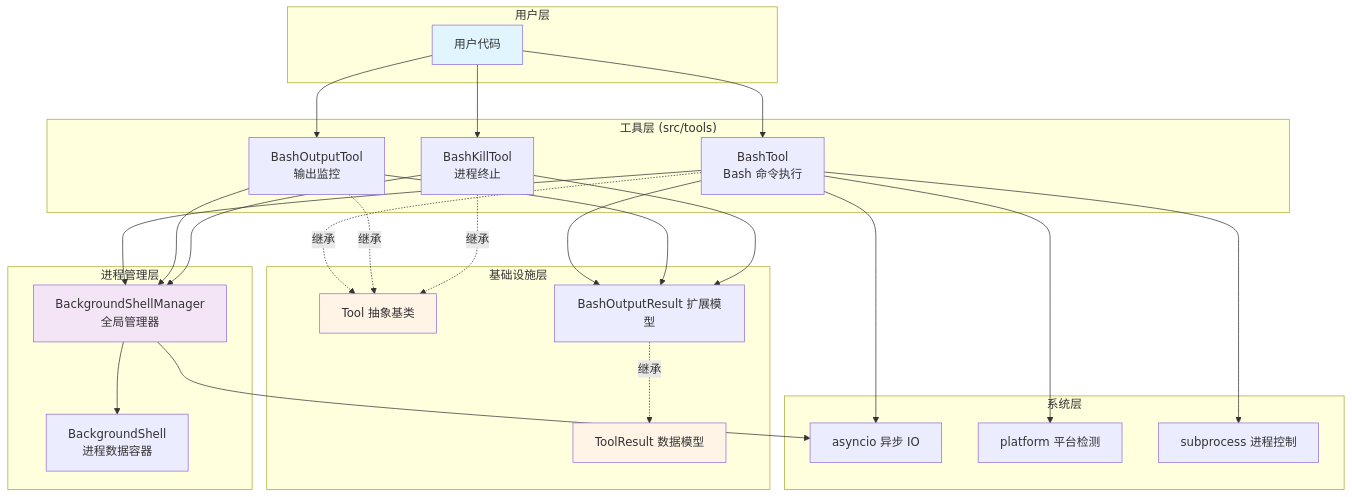
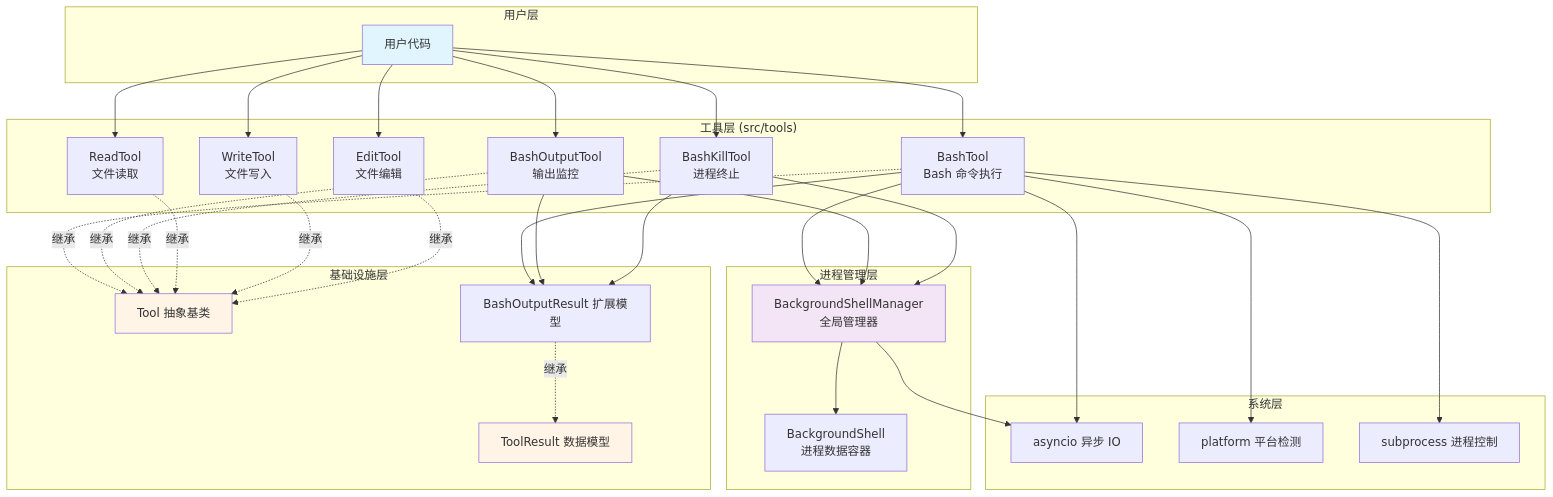
One commit to Argobell/gopilot-cli changed the first of 8 diagrams in docs/tools/架构设计.md. Above: the diagram before and after it, drawn with Mermaid. The commit also changed other lines of this file and 12 other files, not shown here.

````diff
--- a/docs/tools/架构设计.md
+++ b/docs/tools/架构设计.md
@@ -21,59 +21,68 @@
 ```mermaid
 graph TB
     subgraph "用户层"
         User[用户代码]
     end
 
     subgraph "工具层 (src/tools)"
         BashTool[BashTool<br/>Bash 命令执行]
         BashOutputTool[BashOutputTool<br/>输出监控]
         BashKillTool[BashKillTool<br/>进程终止]
+        ReadTool[ReadTool<br/>文件读取]
+        WriteTool[WriteTool<br/>文件写入]
+        EditTool[EditTool<br/>文件编辑]
     end
 
     subgraph "基础设施层"
         Tool[Tool 抽象基类]
         ToolResult[ToolResult 数据模型]
         BashOutputResult[BashOutputResult 扩展模型]
     end
 
     subgraph "进程管理层"
         BackgroundShell[BackgroundShell<br/>进程数据容器]
         BackgroundShellManager[BackgroundShellManager<br/>全局管理器]
     end
 
     subgraph "系统层"
         AsyncIO[asyncio 异步 IO]
         Platform[platform 平台检测]
         Subprocess[subprocess 进程控制]
     end
 
     User --> BashTool
     User --> BashOutputTool
     User --> BashKillTool
+    User --> ReadTool
+    User --> WriteTool
+    User --> EditTool
 
     BashTool -.继承.-> Tool
     BashOutputTool -.继承.-> Tool
     BashKillTool -.继承.-> Tool
+    ReadTool -.继承.-> Tool
+    WriteTool -.继承.-> Tool
+    EditTool -.继承.-> Tool
 
     BashTool --> BashOutputResult
     BashOutputTool --> BashOutputResult
     BashKillTool --> BashOutputResult
 
     BashOutputResult -.继承.-> ToolResult
 
     BashTool --> BackgroundShellManager
     BashOutputTool --> BackgroundShellManager
     BashKillTool --> BackgroundShellManager
 
     BackgroundShellManager --> BackgroundShell
 
     BashTool --> AsyncIO
     BashTool --> Platform
     BashTool --> Subprocess
     BackgroundShellManager --> AsyncIO
 
     style User fill:#e1f5ff
     style Tool fill:#fff4e6
     style ToolResult fill:#fff4e6
     style BackgroundShellManager fill:#f3e5f5
 ```
````
